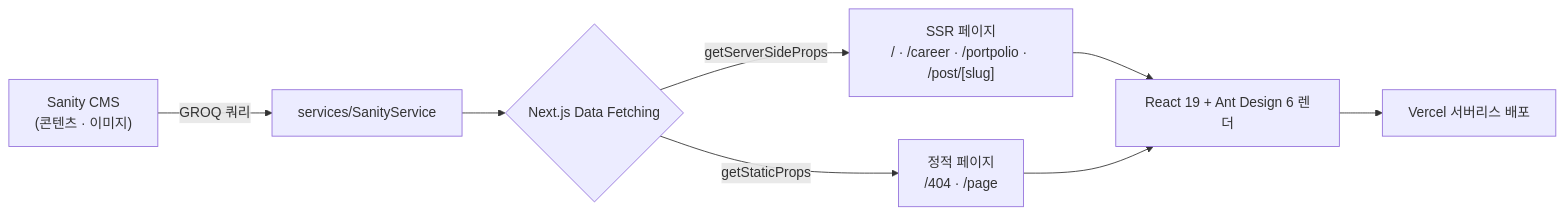
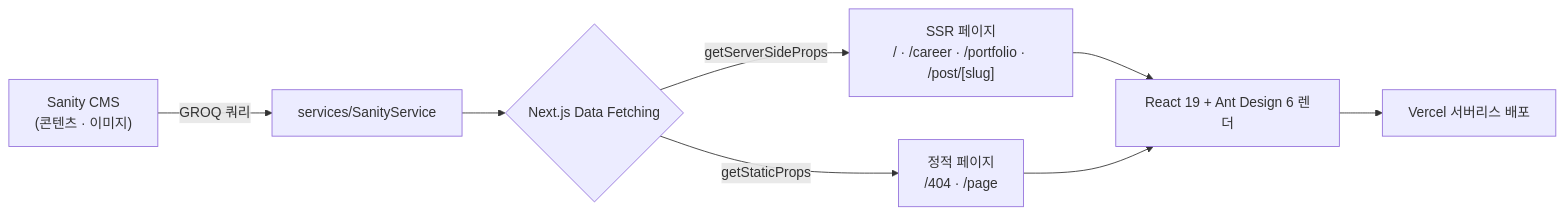
The diagram in README.md (vonovo123/Dev-Blog), drawn with Mermaid before and after one commit. The commit also changed other lines of this file and 62 other files, not shown here.

````diff
--- a/README.md
+++ b/README.md
@@ -80,10 +80,10 @@
 ```mermaid
 flowchart LR
   A["Sanity CMS<br/>(콘텐츠 · 이미지)"] -->|GROQ 쿼리| B["services/SanityService"]
   B --> C{"Next.js Data Fetching"}
-  C -->|getServerSideProps| D["SSR 페이지<br/>/ · /career · /portpolio · /post/[slug]"]
+  C -->|getServerSideProps| D["SSR 페이지<br/>/ · /career · /portfolio · /post/[slug]"]
   C -->|getStaticProps| E["정적 페이지<br/>/404 · /page"]
   D --> F["React 19 + Ant Design 6 렌더"]
   E --> F
   F --> G["Vercel 서버리스 배포"]
 ```
````
